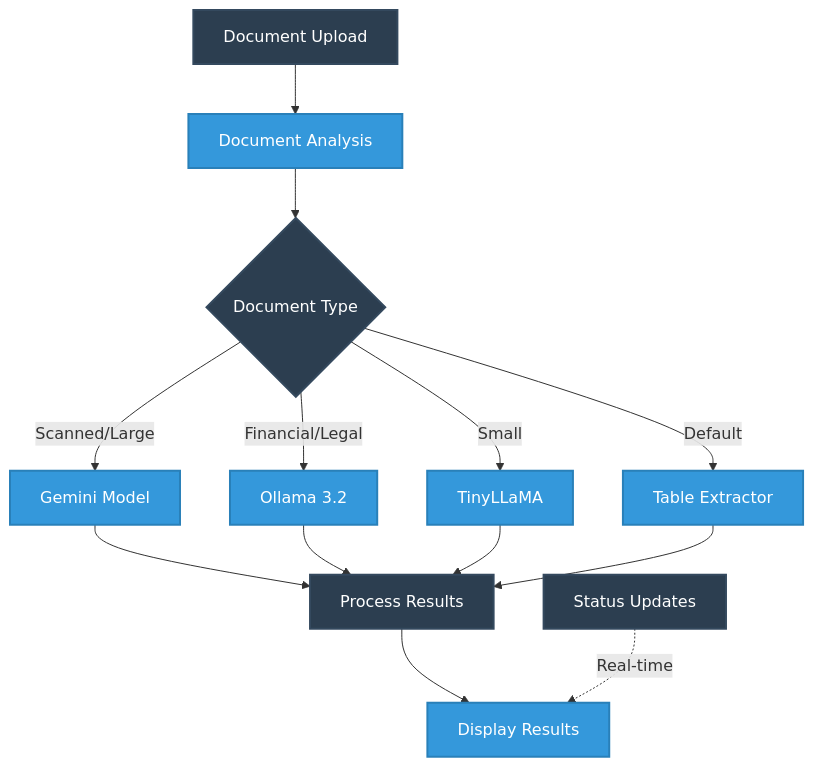
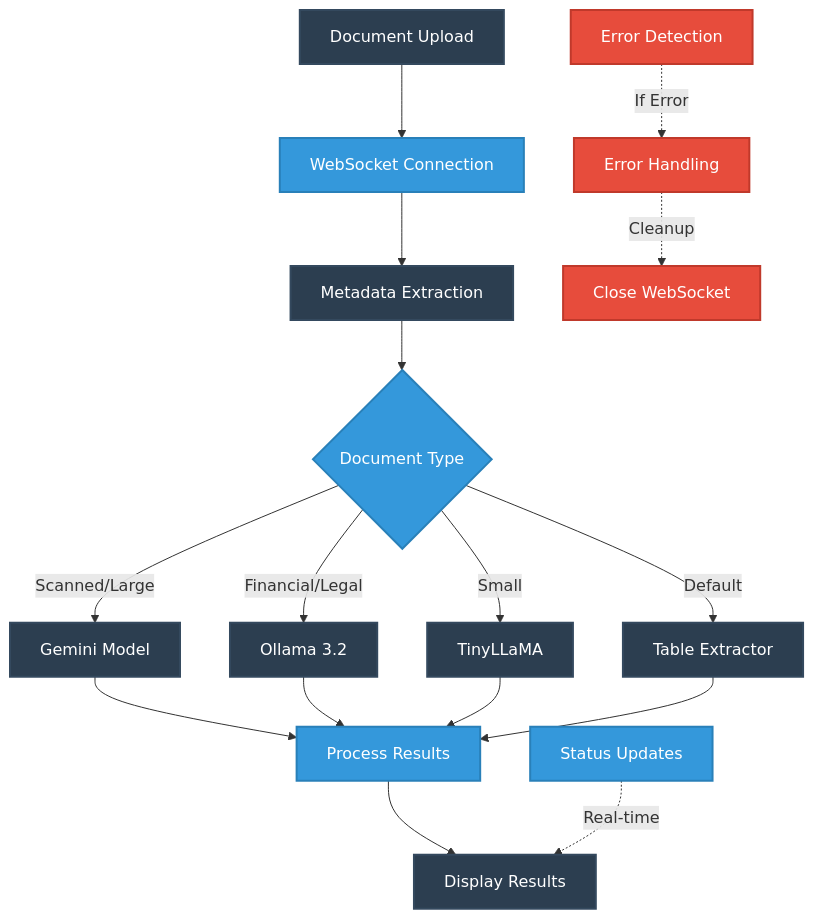
Before and after one commit to pharshithaa/document-processing-system: the diagram in README.md, drawn with Mermaid. The commit also changed other lines of this file, not shown here.

````diff
--- a/README.md
+++ b/README.md
@@ -9,34 +9,44 @@
 ```mermaid
 graph TD
     %% Main Flow
-    A[Document Upload] --> B[Document Analysis]
-    B --> C{Document Type}
+    A[Document Upload] --> B[WebSocket Connection]
+    B --> C[Metadata Extraction]
+    C --> D{Document Type}
     
     %% Processing Paths
-    C -->|Scanned/Large| D[Gemini Model]
-    C -->|Financial/Legal| E[Ollama 3.2]
-    C -->|Small| F[TinyLLaMA]
-    C -->|Default| G[Table Extractor]
+    D -->|Scanned/Large| E[Gemini Model]
+    D -->|Financial/Legal| F[Ollama 3.2]
+    D -->|Small| G[TinyLLaMA]
+    D -->|Default| H[Table Extractor]
     
-    %% Results
-    D --> H[Process Results]
-    E --> H
-    F --> H
-    G --> H
+    %% Results & Error Handling
+    E --> I[Process Results]
+    F --> I
+    G --> I
+    H --> I
     
-    %% Status & Display
-    H --> I[Display Results]
-    J[Status Updates] -.->|Real-time| I
+    I --> J[Display Results]
+    
+    %% Error & Status Flow
+    K[Error Detection] -.->|If Error| L[Error Handling]
+    L -.->|Cleanup| M[Close WebSocket]
+    
+    %% Status Updates
+    N[Status Updates] -.->|Real-time| J
     
     %% Styling - Professional Blue Theme
     style A fill:#2c3e50,stroke:#34495e,stroke-width:2px,color:#fff
     style B fill:#3498db,stroke:#2980b9,stroke-width:2px,color:#fff
     style C fill:#2c3e50,stroke:#34495e,stroke-width:2px,color:#fff
     style D fill:#3498db,stroke:#2980b9,stroke-width:2px,color:#fff
-    style E fill:#3498db,stroke:#2980b9,stroke-width:2px,color:#fff
-    style F fill:#3498db,stroke:#2980b9,stroke-width:2px,color:#fff
-    style G fill:#3498db,stroke:#2980b9,stroke-width:2px,color:#fff
+    style E fill:#2c3e50,stroke:#34495e,stroke-width:2px,color:#fff
+    style F fill:#2c3e50,stroke:#34495e,stroke-width:2px,color:#fff
+    style G fill:#2c3e50,stroke:#34495e,stroke-width:2px,color:#fff
     style H fill:#2c3e50,stroke:#34495e,stroke-width:2px,color:#fff
     style I fill:#3498db,stroke:#2980b9,stroke-width:2px,color:#fff
     style J fill:#2c3e50,stroke:#34495e,stroke-width:2px,color:#fff
+    style K fill:#e74c3c,stroke:#c0392b,stroke-width:2px,color:#fff
+    style L fill:#e74c3c,stroke:#c0392b,stroke-width:2px,color:#fff
+    style M fill:#e74c3c,stroke:#c0392b,stroke-width:2px,color:#fff
+    style N fill:#3498db,stroke:#2980b9,stroke-width:2px,color:#fff
 ```
````
